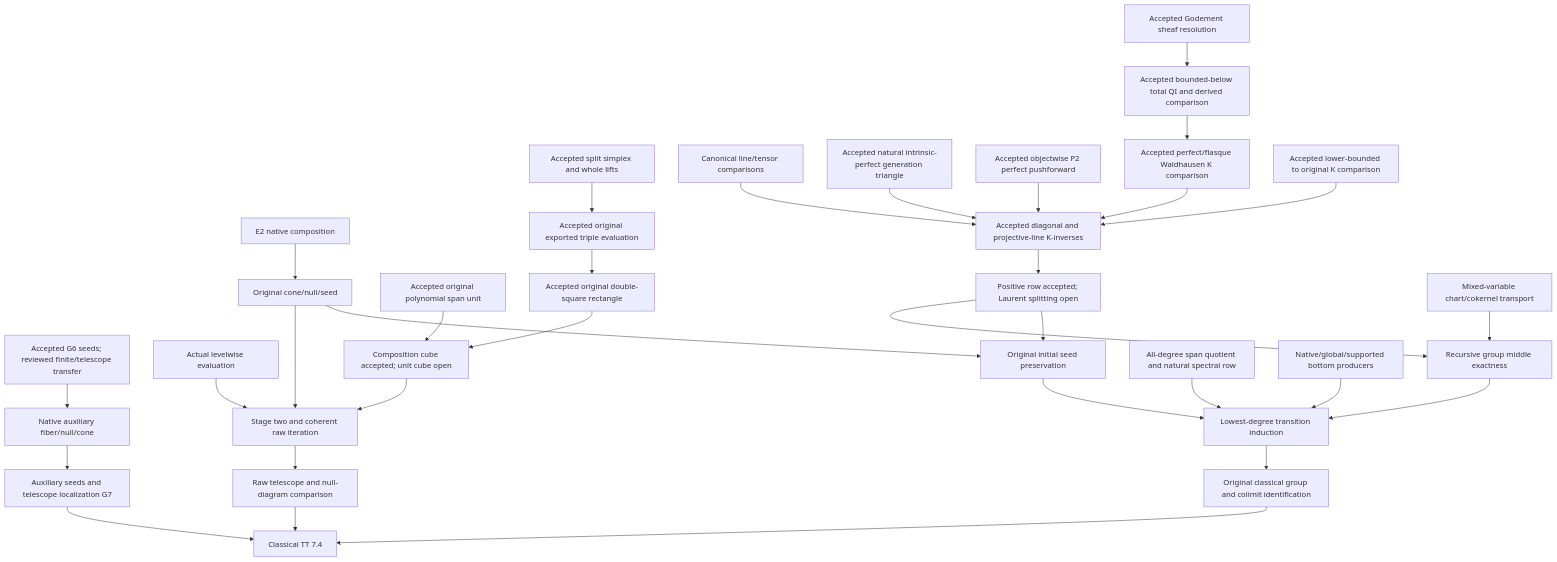
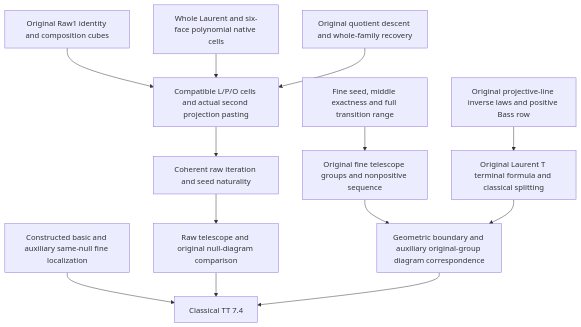
One commit to kangxyz/quillen-k-theory changed the second of 2 diagrams in docs/development/TTLocalization.md. Above: the diagram before and after it, drawn with Mermaid. The commit also changed other lines of this file and 480 other files, not shown here.

First line of the commit message:
Integrate fine Bass completion and raw pasting sources

````diff
--- a/docs/development/TTLocalization.md
+++ b/docs/development/TTLocalization.md
@@ -871,34 +803,15 @@
 ```mermaid
 flowchart TD
-  S1[Accepted G6 seeds; reviewed finite/telescope transfer] --> S2[Native auxiliary fiber/null/cone]
-  S2 --> S3[Auxiliary seeds and telescope localization G7]
-  EC[E2 native composition] --> ES[Original cone/null/seed]
-  EW[Actual levelwise evaluation] --> EI[Stage two and coherent raw iteration]
-  ES --> EI
-  RU[Accepted original polynomial span unit] --> RC[Composition cube accepted; unit cube open]
-  RS[Accepted split simplex and whole lifts] --> NC[Accepted original exported triple evaluation]
-  NC --> NR[Accepted original double-square rectangle]
-  NR --> RC
-  RC --> EI
-  EI --> ET[Raw telescope and null-diagram comparison]
-  PT[Canonical line/tensor comparisons] --> PD[Accepted diagonal and projective-line K-inverses]
-  CT[Accepted natural intrinsic-perfect generation triangle] --> PD
-  PP[Accepted objectwise P2 perfect pushforward] --> PD
-  GD[Accepted Godement sheaf resolution] --> GR[Accepted bounded-below total QI and derived comparison]
-  GR --> FM[Accepted perfect/flasque Waldhausen K comparison]
-  FM --> PD
-  MB[Accepted lower-bounded to original K comparison] --> PD
-  PD --> BF[Positive row accepted; Laurent splitting open]
-  BF --> MC[Recursive group middle exactness]
-  MV[Mixed-variable chart/cokernel transport] --> MC
-  BF --> IS[Original initial seed preservation]
-  ES --> IS
-  SES[All-degree span quotient and natural spectral row] --> RI[Lowest-degree transition induction]
-  MC --> RI
-  IS --> RI
-  GB[Native/global/supported bottom producers] --> RI
-  RI --> B2[Original classical group and colimit identification]
-  S3 --> TT[Classical TT 7.4]
-  ET --> TT
-  B2 --> TT
+  G7[Constructed basic and auxiliary same-null fine localization] --> TT[Classical TT 7.4]
+  CU[Original Raw1 identity and composition cubes] --> LPO[Compatible L/P/O cells and actual second projection pasting]
+  LP[Whole Laurent and six-face polynomial native cells] --> LPO
+  OD[Original quotient descent and whole-family recovery] --> LPO
+  LPO --> RI[Coherent raw iteration and seed naturality]
+  RI --> RT[Raw telescope and original null-diagram comparison]
+  RT --> TT
+  FT[Fine seed, middle exactness and full transition range] --> FG[Original fine telescope groups and nonpositive sequence]
+  FG --> BC[Geometric boundary and auxiliary original-group diagram correspondence]
+  PP[Original projective-line inverse laws and positive Bass row] --> LB[Original Laurent T terminal formula and classical splitting]
+  LB --> BC
+  BC --> TT
 ```
````
